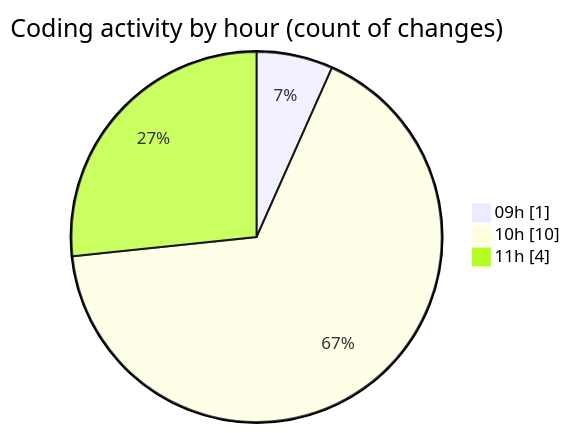
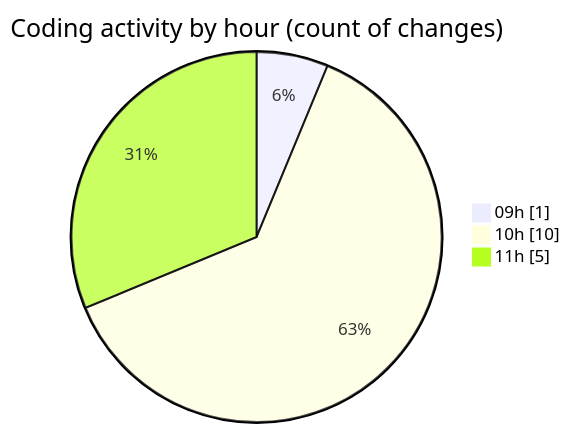
Before and after one commit to momahboobian/code-tracking: the second of 2 diagrams in 2025-07-09/cda/README.md, drawn with Mermaid. The commit also changed other lines of this file and 1 other file, not shown here.

````diff
--- a/2025-07-09/cda/README.md
+++ b/2025-07-09/cda/README.md
@@ -35,7 +37,7 @@
 ```mermaid
 pie showData
 title Coding activity by hour (count of changes)
 "09h" : 1
 "10h" : 10
-"11h" : 4
+"11h" : 5
 ```
````
